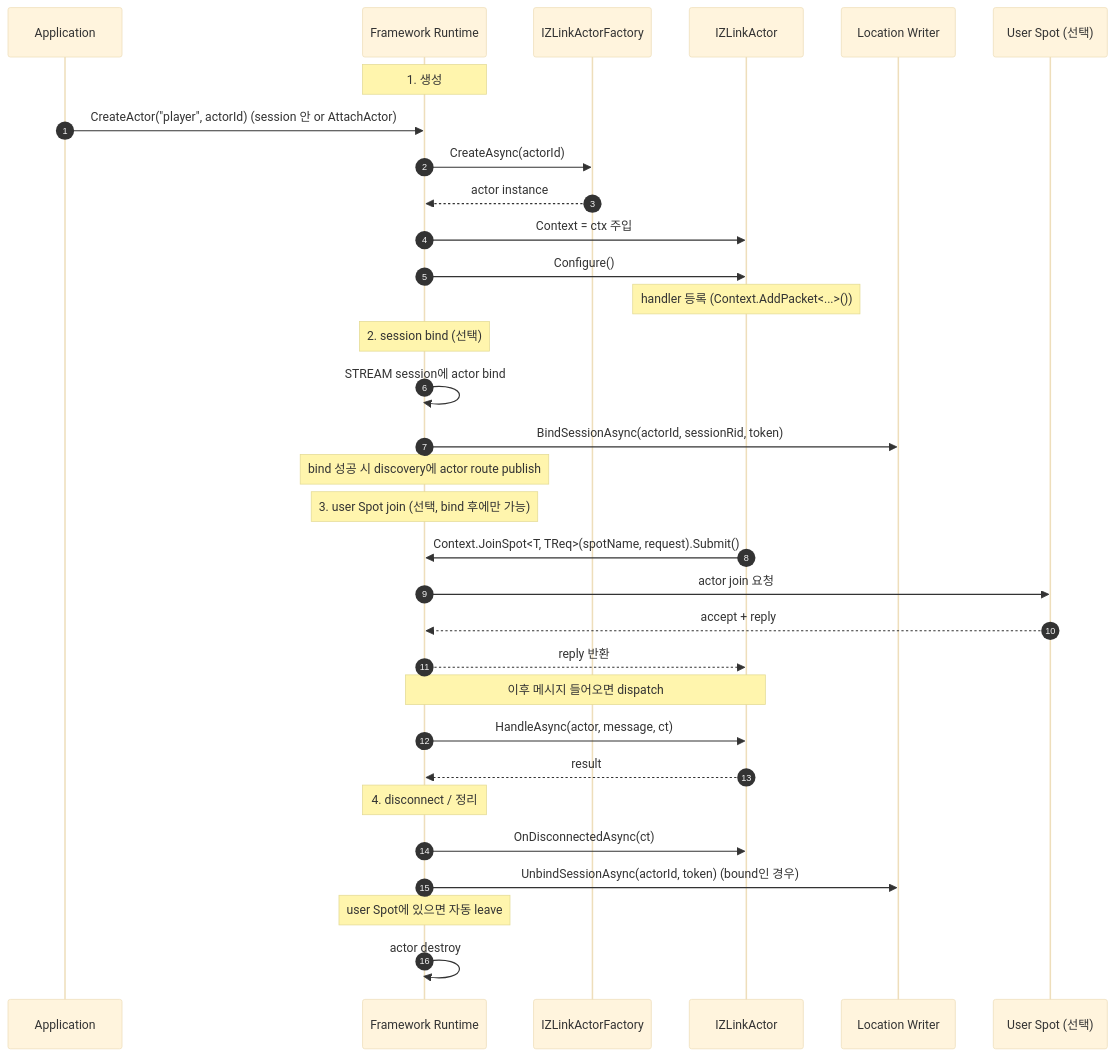
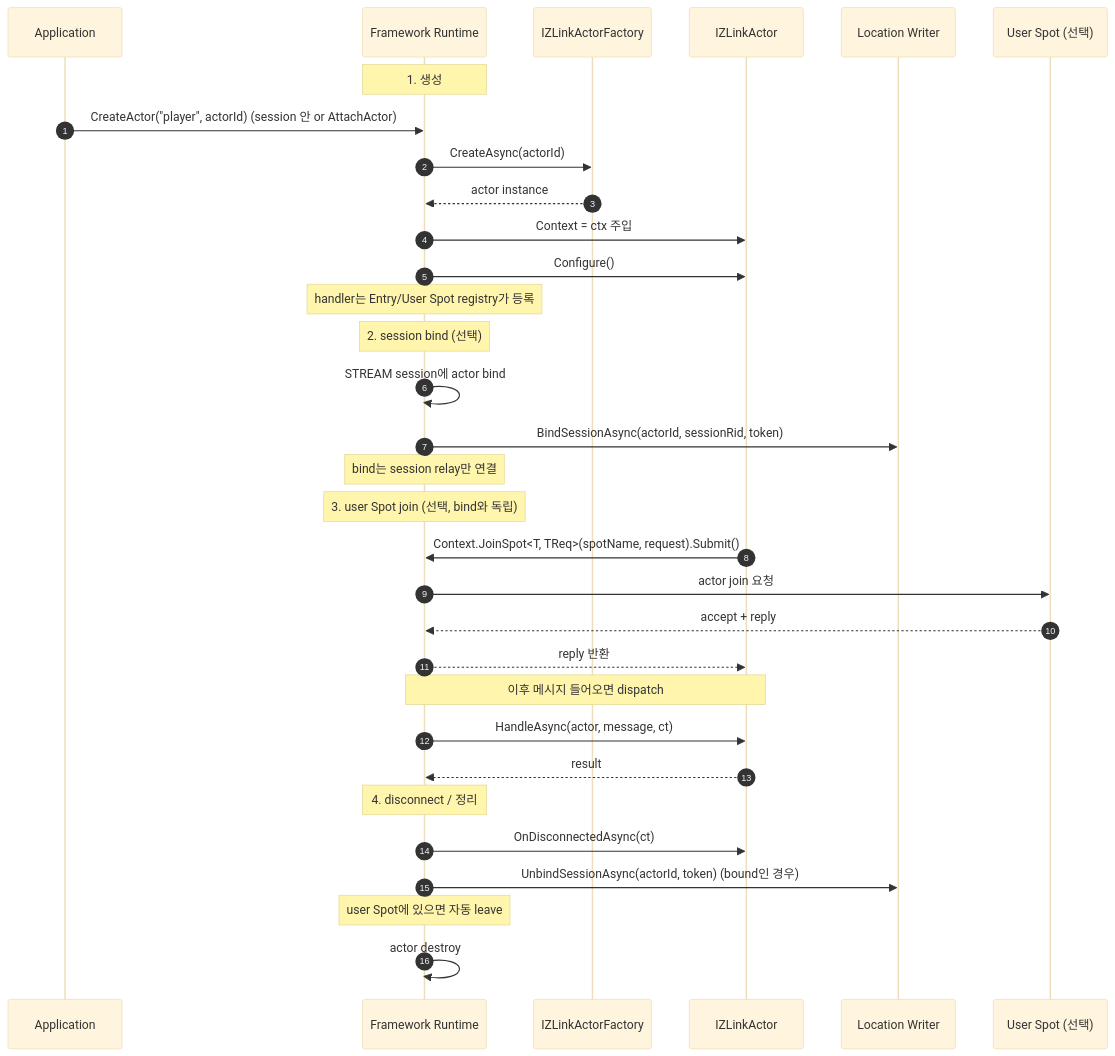
Before and after one commit to kairos-code-dev/zlink: the first of 3 diagrams in framework/doc/spec/draft/framework-adapter/bindings/dotnet/aspnet-core-actor.ko.md, drawn with Mermaid (base theme). The commit also changed other lines of this file and 713 other files, not shown here.

````diff
--- a/framework/doc/spec/draft/framework-adapter/bindings/dotnet/aspnet-core-actor.ko.md
+++ b/framework/doc/spec/draft/framework-adapter/bindings/dotnet/aspnet-core-actor.ko.md
@@ -192,39 +197,39 @@
 ```mermaid
 sequenceDiagram
     autonumber
     participant App as Application
     participant FW as Framework Runtime
     participant Fact as IZLinkActorFactory
     participant Act as IZLinkActor
     participant Loc as Location Writer
     participant Spot as User Spot (선택)
 
     Note over FW: 1. 생성
     App->>FW: CreateActor("player", actorId) (session 안 or AttachActor)
     FW->>Fact: CreateAsync(actorId)
     Fact-->>FW: actor instance
     FW->>Act: Context = ctx 주입
     FW->>Act: Configure()
-    Note over Act: handler 등록 (Context.AddPacket<...>())
+    Note over FW: handler는 Entry/User Spot registry가 등록
 
     Note over FW: 2. session bind (선택)
     FW->>FW: STREAM session에 actor bind
     FW->>Loc: BindSessionAsync(actorId, sessionRid, token)
-    Note over FW: bind 성공 시 discovery에 actor route publish
+    Note over FW: bind는 session relay만 연결
 
-    Note over FW: 3. user Spot join (선택, bind 후에만 가능)
+    Note over FW: 3. user Spot join (선택, bind와 독립)
     Act->>FW: Context.JoinSpot<T, TReq>(spotName, request).Submit()
     FW->>Spot: actor join 요청
     Spot-->>FW: accept + reply
     FW-->>Act: reply 반환
 
     Note over FW,Act: 이후 메시지 들어오면 dispatch
     FW->>Act: HandleAsync(actor, message, ct)
     Act-->>FW: result
 
     Note over FW: 4. disconnect / 정리
     FW->>Act: OnDisconnectedAsync(ct)
     FW->>Loc: UnbindSessionAsync(actorId, token) (bound인 경우)
     Note over FW: user Spot에 있으면 자동 leave
     FW->>FW: actor destroy
 ```
````
